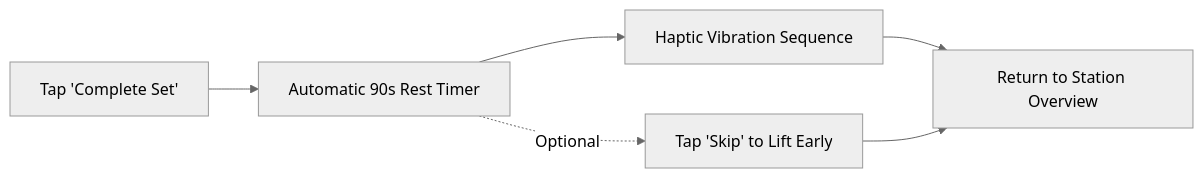
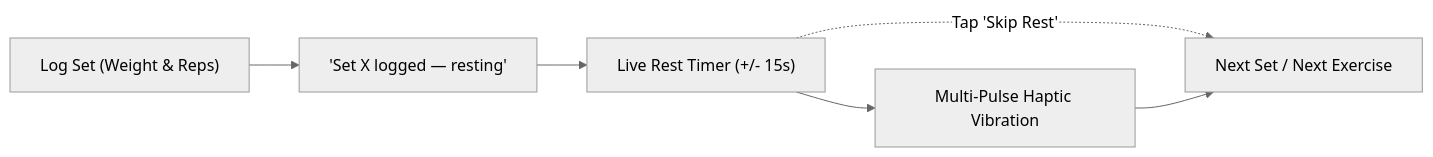
The second of 4 diagrams in documentation/wear-os-user-guide.md (christian98b/LockerLift), drawn with Mermaid (neutral theme) before and after one commit. The commit also changed other lines of this file and 5 other files, not shown here.

````diff
--- a/documentation/wear-os-user-guide.md
+++ b/documentation/wear-os-user-guide.md
@@ -82,8 +102,8 @@
 ```mermaid
 flowchart LR
-    A["Tap 'Complete Set'"] --> B["Automatic 90s Rest Timer"]
-    B --> C["Haptic Vibration Sequence"]
-    B -.->|"Optional"| D["Tap 'Skip' to Lift Early"]
-    C --> E["Return to Station Overview"]
+    A["Log Set (Weight & Reps)"] --> B["'Set X logged — resting'"]
+    B --> C["Live Rest Timer (+/- 15s)"]
+    C --> D["Multi-Pulse Haptic Vibration"]
+    C -.->|"Tap 'Skip Rest'"| E["Next Set / Next Exercise"]
     D --> E
 ```
````
